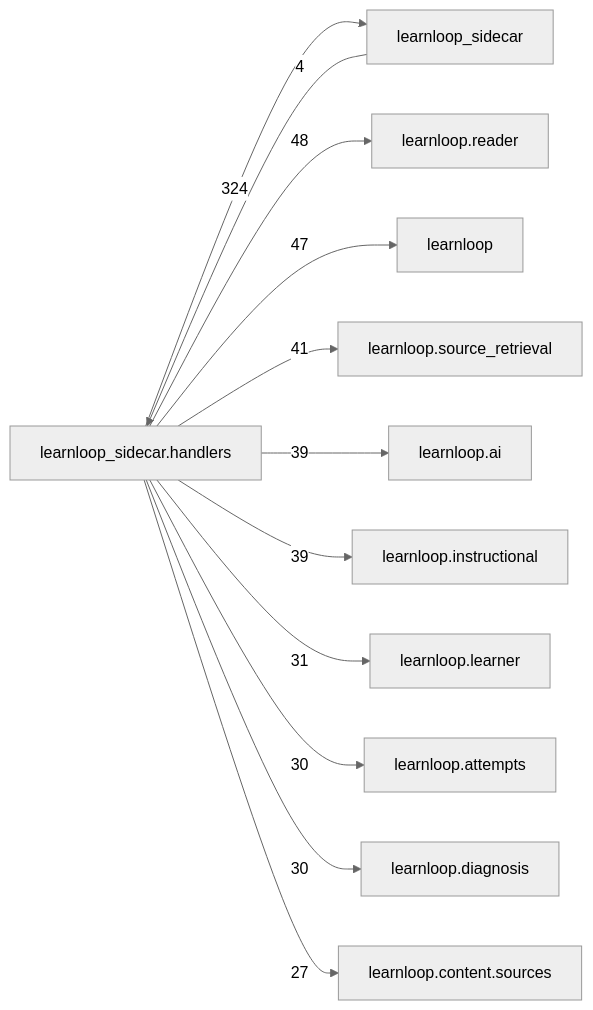
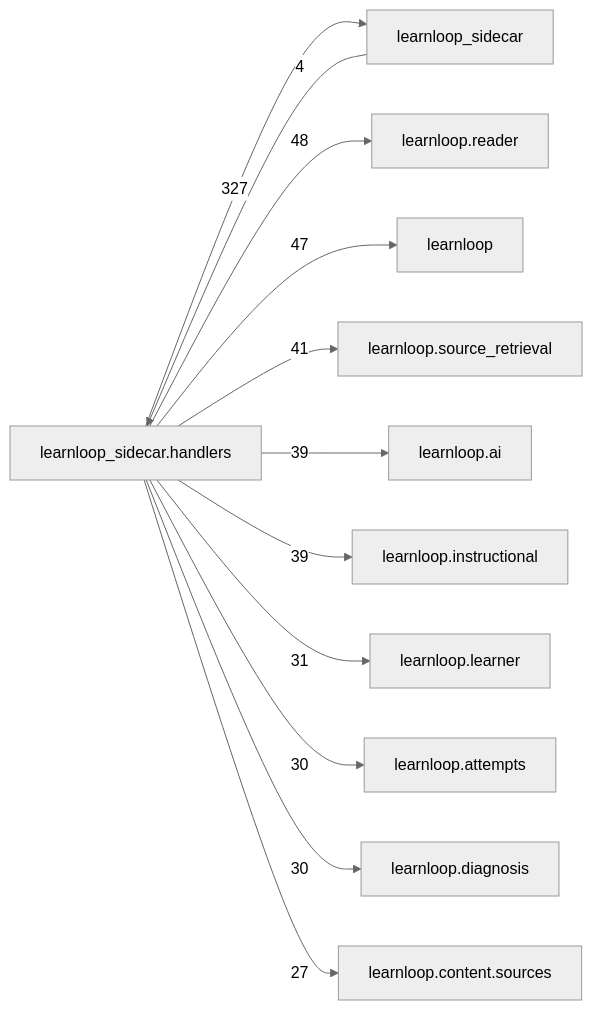
Before and after one commit to 6up-b/learnanything: the diagram in docs/learnloop-architecture-vault/Reference/Modules/learnloop_sidecar/handlers/_package.md, drawn with Mermaid (neutral theme). The commit also changed other lines of this file and 616 other files, not shown here.

````diff
--- a/docs/learnloop-architecture-vault/Reference/Modules/learnloop_sidecar/handlers/_package.md
+++ b/docs/learnloop-architecture-vault/Reference/Modules/learnloop_sidecar/handlers/_package.md
@@ -262,25 +266,25 @@
 ```mermaid
 flowchart LR
     center["learnloop_sidecar.handlers"]
     n_learnloop_sidecar["learnloop_sidecar"]
     n_learnloop_reader["learnloop.reader"]
     n_learnloop["learnloop"]
     n_learnloop_source_retrieval["learnloop.source_retrieval"]
     n_learnloop_ai["learnloop.ai"]
     n_learnloop_instructional["learnloop.instructional"]
     n_learnloop_learner["learnloop.learner"]
     n_learnloop_attempts["learnloop.attempts"]
     n_learnloop_diagnosis["learnloop.diagnosis"]
     n_learnloop_content_sources["learnloop.content.sources"]
     n_learnloop_sidecar -->|4| center
-    center -->|324| n_learnloop_sidecar
+    center -->|327| n_learnloop_sidecar
     center -->|48| n_learnloop_reader
     center -->|47| n_learnloop
     center -->|41| n_learnloop_source_retrieval
     center -->|39| n_learnloop_ai
     center -->|39| n_learnloop_instructional
     center -->|31| n_learnloop_learner
     center -->|30| n_learnloop_attempts
     center -->|30| n_learnloop_diagnosis
     center -->|27| n_learnloop_content_sources
 ```
````
